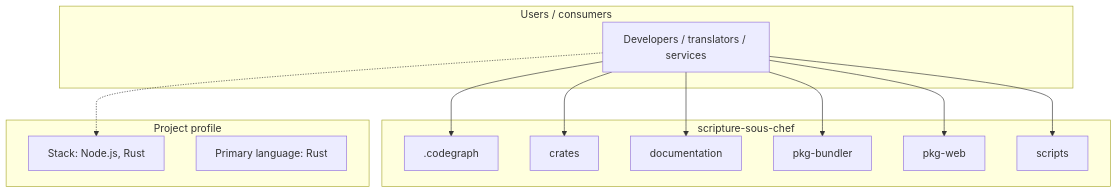
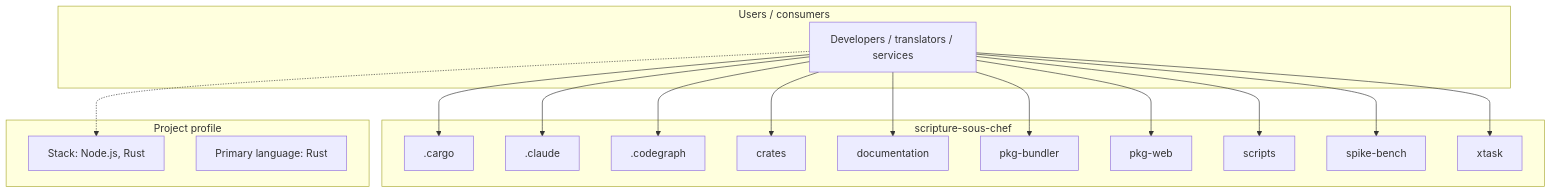
One commit to AnonymousWalker/project-repos-diagram changed the first of 3 diagrams in architecture/WycliffeAssociates/scripture-sous-chef-architecture.md. Above: the diagram before and after it, drawn with Mermaid. The commit also changed other lines of this file and 18 other files, not shown here.

Commit message:
chore: refresh architecture diagrams

````diff
--- a/architecture/WycliffeAssociates/scripture-sous-chef-architecture.md
+++ b/architecture/WycliffeAssociates/scripture-sous-chef-architecture.md
@@ -9,28 +9,36 @@
 ```mermaid
 flowchart TB
   subgraph users["Users / consumers"]
     Users["Developers / translators / services"]
   end
 
   subgraph project["scripture-sous-chef"]
-    M0[".codegraph"]
-    M1["crates"]
-    M2["documentation"]
-    M3["pkg-bundler"]
-    M4["pkg-web"]
-    M5["scripts"]
+    M0[".cargo"]
+    M1[".claude"]
+    M2[".codegraph"]
+    M3["crates"]
+    M4["documentation"]
+    M5["pkg-bundler"]
+    M6["pkg-web"]
+    M7["scripts"]
+    M8["spike-bench"]
+    M9["xtask"]
   end
 
   subgraph meta["Project profile"]
     Stack["Stack: Node.js, Rust"]
     Lang["Primary language: Rust"]
   end
 
   Users --> M0
   Users --> M1
   Users --> M2
   Users --> M3
   Users --> M4
   Users --> M5
+  Users --> M6
+  Users --> M7
+  Users --> M8
+  Users --> M9
   Users -.-> Stack
 ```
````
